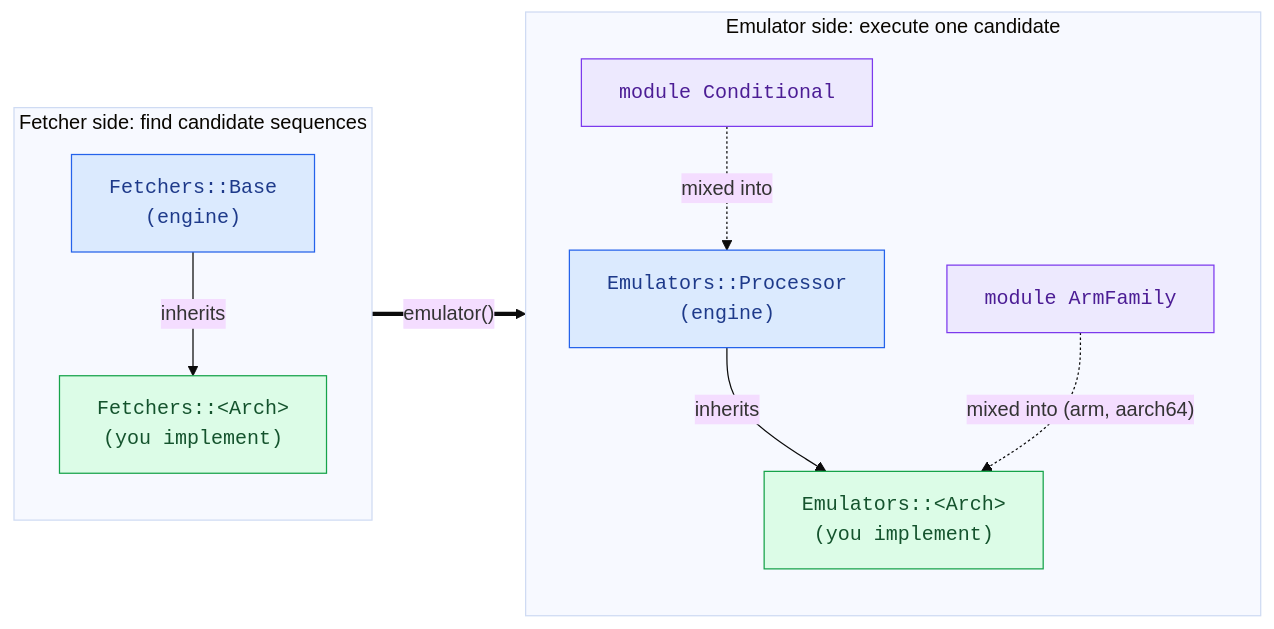
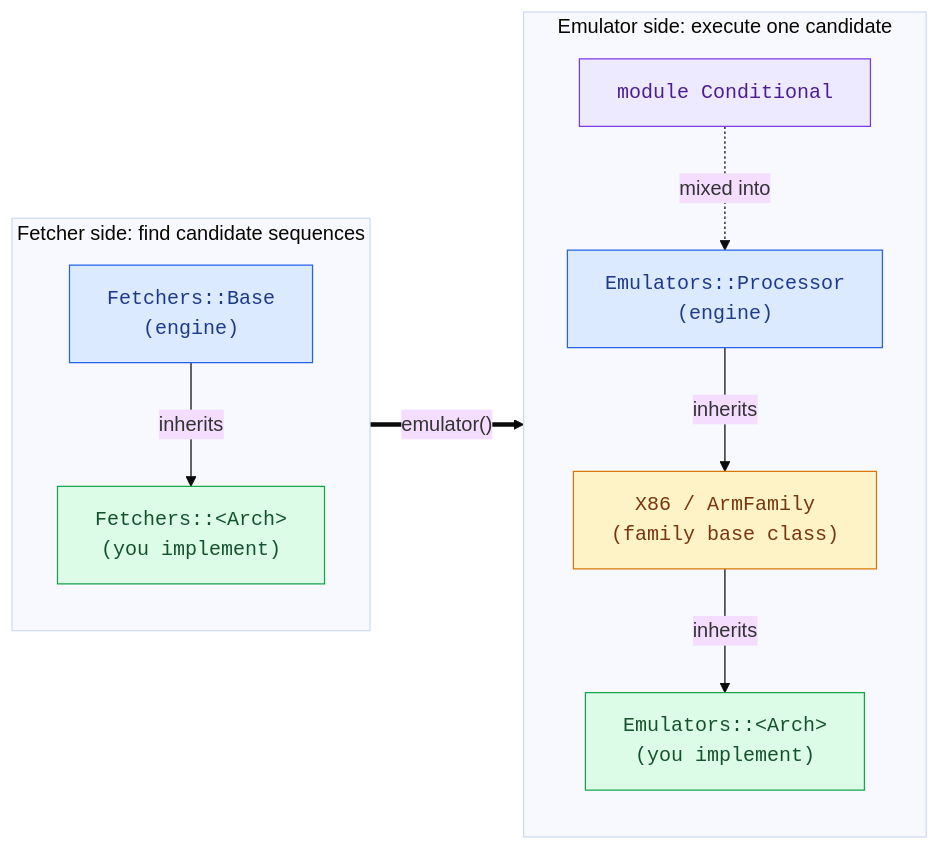
The first of 2 diagrams in docs/adding-an-architecture.md (david942j/one_gadget), drawn with Mermaid (base theme) before and after one commit. The commit also changed other lines of this file, not shown here.

First line of the commit message:
docs: update adding-an-architecture for the shared-base design (#353)

````diff
--- a/docs/adding-an-architecture.md
+++ b/docs/adding-an-architecture.md
@@ -23,24 +25,25 @@
 ```mermaid
 flowchart LR
   classDef engine fill:#dbeafe,stroke:#2563eb,color:#1e3a8a,font-family:monospace
   classDef arch fill:#dcfce7,stroke:#16a34a,color:#14532d,font-family:monospace
   classDef mixin fill:#ede9fe,stroke:#7c3aed,color:#4c1d95,font-family:monospace
+  classDef family fill:#fef3c7,stroke:#d97706,color:#78350f,font-family:monospace
 
   subgraph FE["Fetcher side: find candidate sequences"]
     direction TB
     FB["Fetchers::Base<br/>(engine)"]:::engine
     FA["Fetchers::&lt;Arch&gt;<br/>(you implement)"]:::arch
     FB -->|inherits| FA
   end
   subgraph EM["Emulator side: execute one candidate"]
     direction TB
     EP["Emulators::Processor<br/>(engine)"]:::engine
     CO["module Conditional"]:::mixin
-    AF["module ArmFamily"]:::mixin
+    FAM["X86 / ArmFamily<br/>(family base class)"]:::family
     EA["Emulators::&lt;Arch&gt;<br/>(you implement)"]:::arch
-    EP -->|inherits| EA
+    EP -->|inherits| FAM
+    FAM -->|inherits| EA
     CO -.->|mixed into| EP
-    AF -.->|"mixed into (arm, aarch64)"| EA
   end
   FA ==>|"emulator()"| EA
 ```
````
